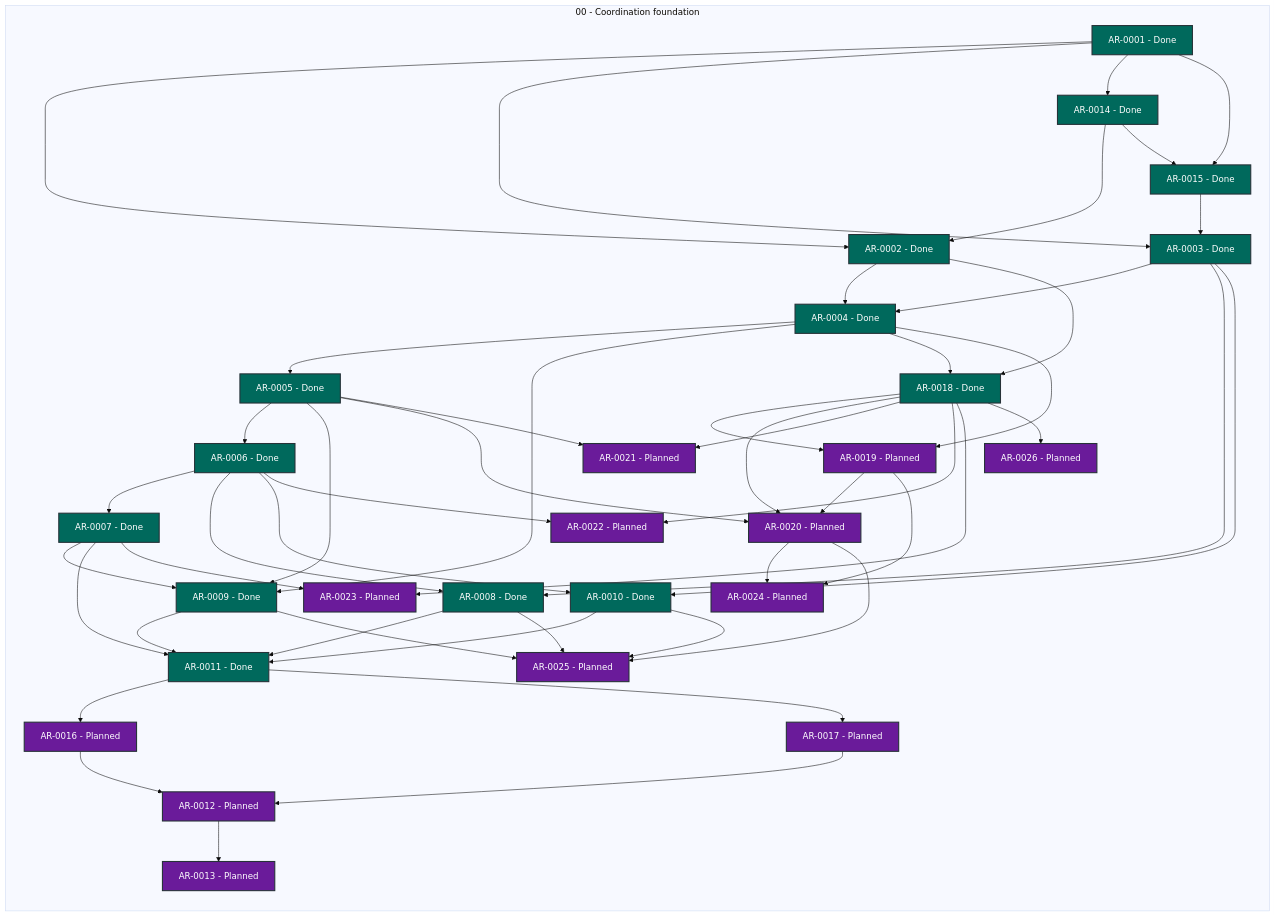
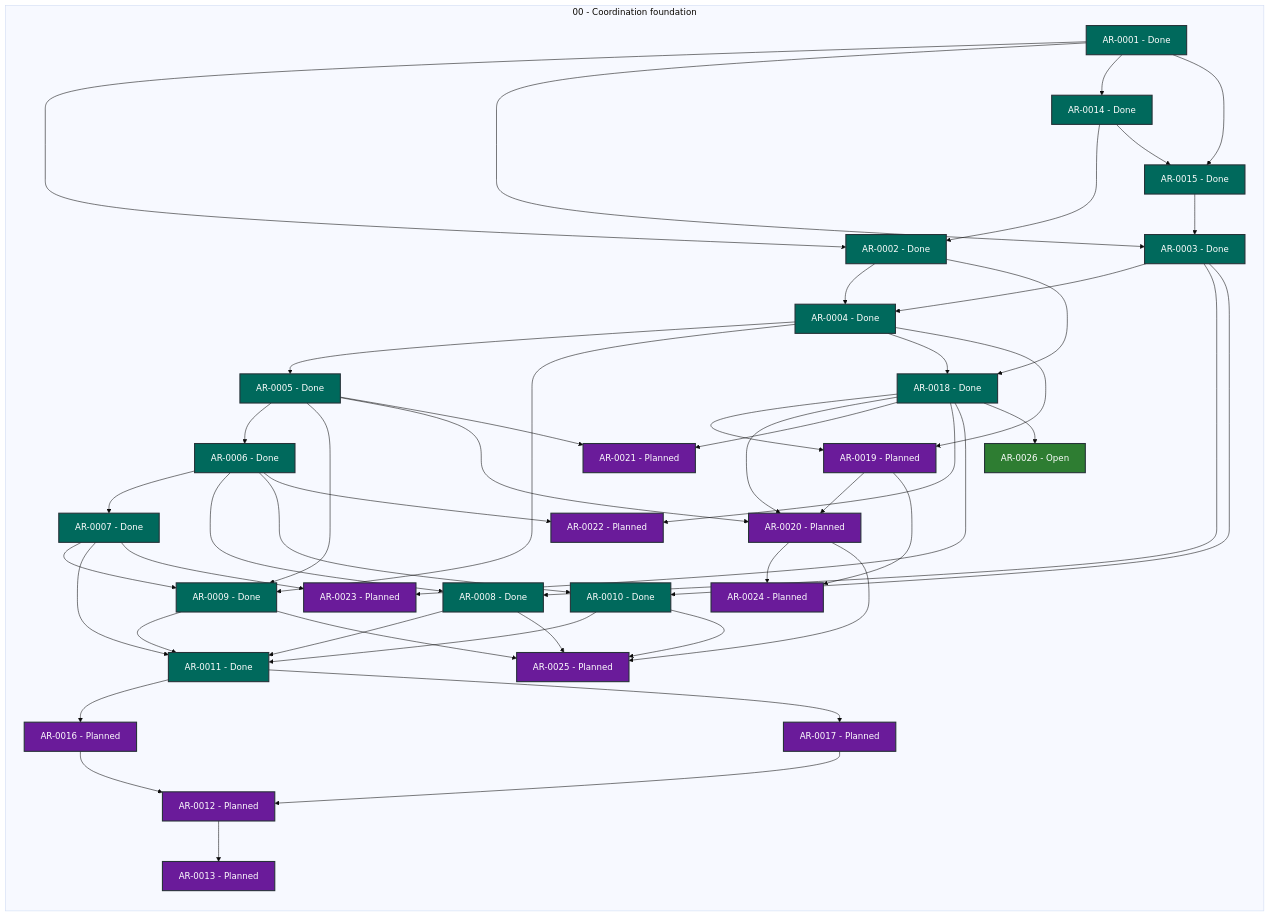
One commit to martin-beck/agent-workflow-tui-state changed the diagram in STATUS.md. Above: the diagram before and after it, drawn with Mermaid (base theme). The commit also changed other lines of this file and 2 other files, not shown here.

```diff
--- a/STATUS.md
+++ b/STATUS.md
@@ -53,7 +53,7 @@
         AR_0023["AR-0023 - Planned"]:::status_planned
         AR_0024["AR-0024 - Planned"]:::status_planned
         AR_0025["AR-0025 - Planned"]:::status_planned
-        AR_0026["AR-0026 - Planned"]:::status_planned
+        AR_0026["AR-0026 - Open"]:::status_open
     end
     AR_0001 --> AR_0002
     AR_0001 --> AR_0003
```
